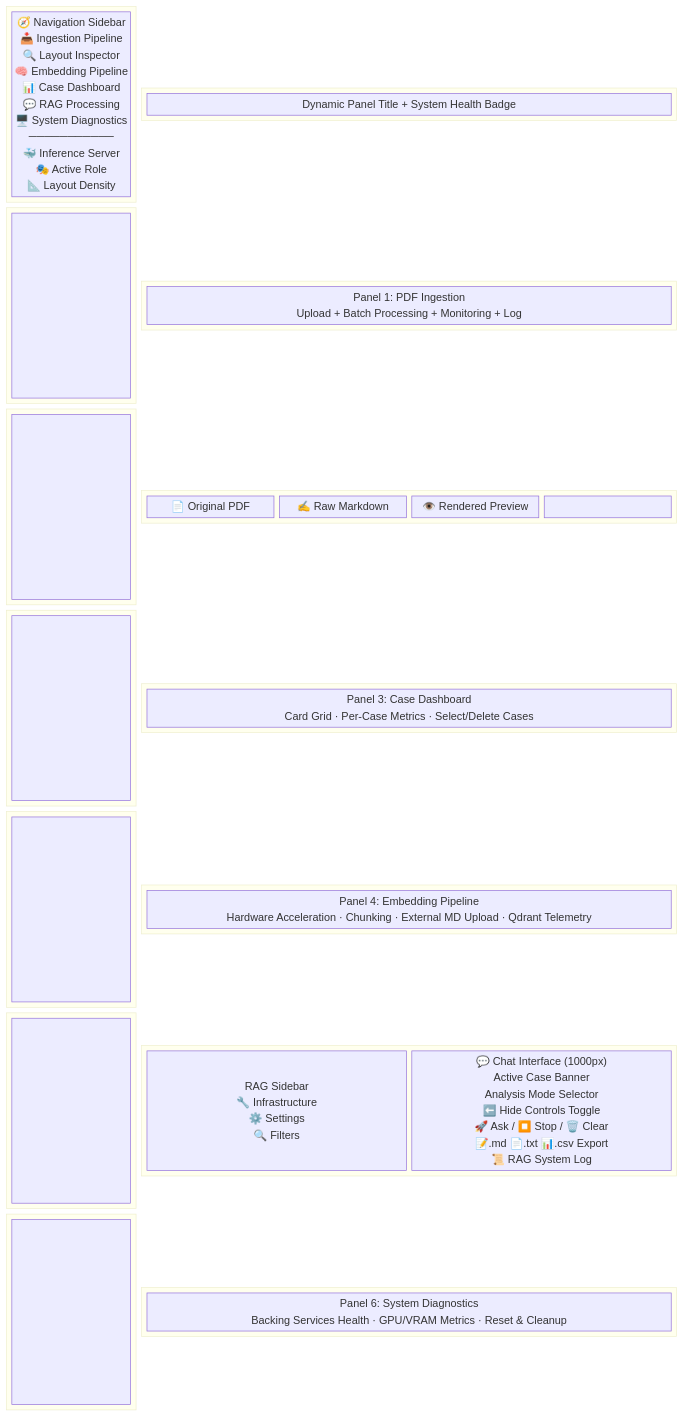
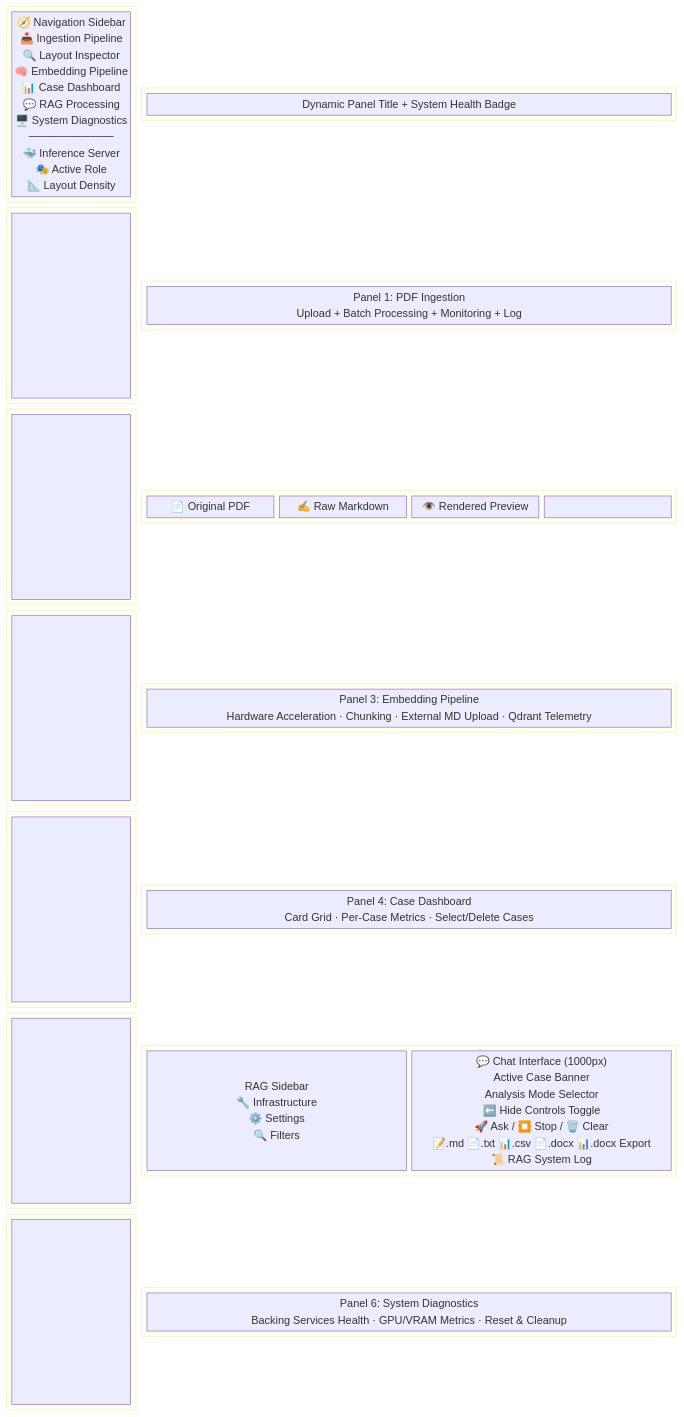
The first of 2 diagrams in README.md (r70pro/CORAG), drawn with Mermaid before and after one commit. The commit also changed other lines of this file and 31 other files, not shown here.

````diff
--- a/README.md
+++ b/README.md
@@ -83,78 +110,78 @@
 ```mermaid
 block-beta
     columns 5
 
     block:navsidebar:1
         columns 1
         nav["🧭 Navigation Sidebar<br/>📥 Ingestion Pipeline<br/>🔍 Layout Inspector<br/>🧠 Embedding Pipeline<br/>📊 Case Dashboard<br/>💬 RAG Processing<br/>🖥️ System Diagnostics<br/>───────────<br/>🐳 Inference Server<br/>🎭 Active Role<br/>📐 Layout Density"]
     end
 
     block:contentarea:4
         columns 4
         paneltitle["Dynamic Panel Title + System Health Badge"]
     end
 
     block:spacer1:1
         columns 1
         space1[" "]
     end
 
     block:panel1:4
         columns 4
         p1["Panel 1: PDF Ingestion<br/>Upload + Batch Processing + Monitoring + Log"]
     end
 
     block:spacer2:1
         columns 1
         space2[" "]
     end
 
     block:panel2:4
         columns 4
         p2a["📄 Original PDF"]
         p2b["✍️ Raw Markdown"]
         p2c["👁️ Rendered Preview"]
         p2d[" "]
     end
 
     block:spacer3:1
         columns 1
         space3[" "]
     end
 
     block:panel3:4
         columns 4
-        p3["Panel 3: Case Dashboard<br/>Card Grid · Per-Case Metrics · Select/Delete Cases"]
+        p3["Panel 3: Embedding Pipeline<br/>Hardware Acceleration · Chunking · External MD Upload · Qdrant Telemetry"]
     end
 
     block:spacer4:1
         columns 1
         space4[" "]
     end
 
     block:panel4:4
         columns 4
-        p4["Panel 4: Embedding Pipeline<br/>Hardware Acceleration · Chunking · External MD Upload · Qdrant Telemetry"]
+        p4["Panel 4: Case Dashboard<br/>Card Grid · Per-Case Metrics · Select/Delete Cases"]
     end
 
     block:spacer5:1
         columns 1
         space5[" "]
     end
 
     block:panel5:4
         columns 4
         p5sidebar["RAG Sidebar<br/>🔧 Infrastructure<br/>⚙️ Settings<br/>🔍 Filters"]
-        p5chat["💬 Chat Interface (1000px)<br/>Active Case Banner<br/>Analysis Mode Selector<br/>⬅️ Hide Controls Toggle<br/>🚀 Ask / ⏹️ Stop / 🗑️ Clear<br/>📝.md 📄.txt 📊.csv Export<br/>📜 RAG System Log"]
+        p5chat["💬 Chat Interface (1000px)<br/>Active Case Banner<br/>Analysis Mode Selector<br/>⬅️ Hide Controls Toggle<br/>🚀 Ask / ⏹️ Stop / 🗑️ Clear<br/>📝.md 📄.txt 📊.csv 📄.docx 📊.docx Export<br/>📜 RAG System Log"]
     end
 
     block:spacer6:1
         columns 1
         space6[" "]
     end
 
     block:panel6:4
         columns 4
         p6["Panel 6: System Diagnostics<br/>Backing Services Health · GPU/VRAM Metrics · Reset & Cleanup"]
     end
 ```
````
